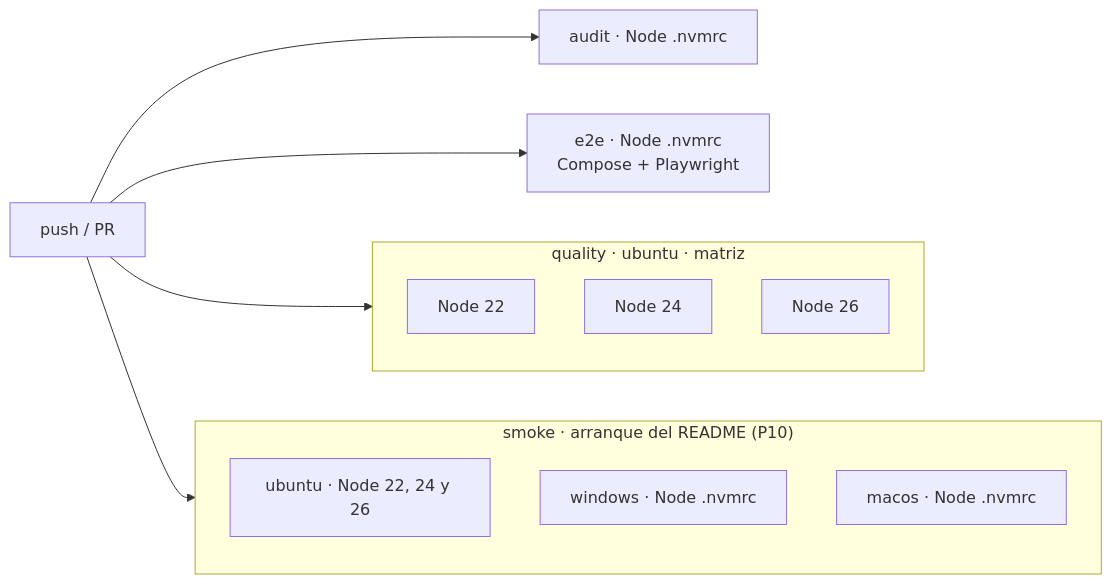
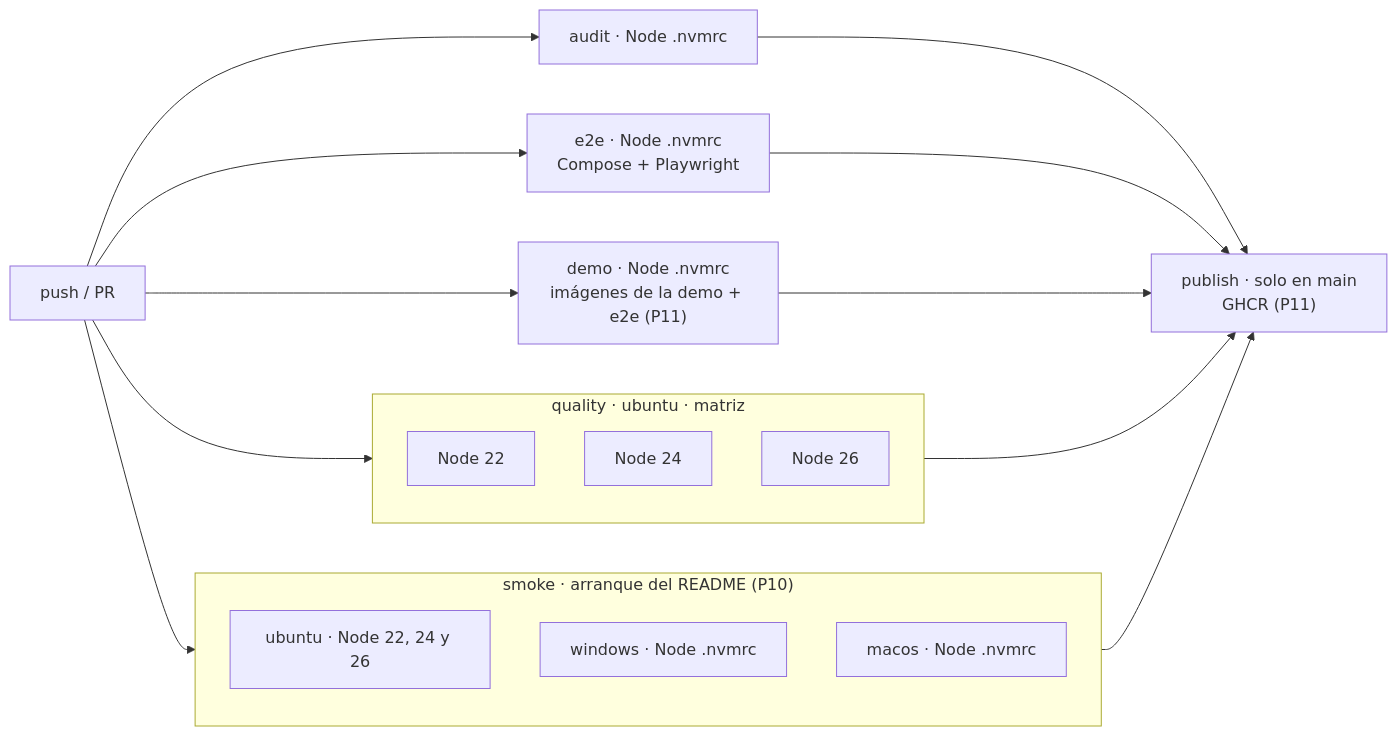
One commit to AlejandroBuitrago685/saas-o-matic changed the first of 2 diagrams in ai-workspace/03-arquitectura/08-despliegue.md. Above: the diagram before and after it, drawn with Mermaid. The commit also changed other lines of this file and 8 other files, not shown here.

````diff
--- a/ai-workspace/03-arquitectura/08-despliegue.md
+++ b/ai-workspace/03-arquitectura/08-despliegue.md
@@ -79,19 +80,23 @@
 ```mermaid
 flowchart LR
   subgraph Q["quality · ubuntu · matriz"]
     Q22["Node 22"]
     Q24["Node 24"]
     Q26["Node 26"]
   end
   AUD["audit · Node .nvmrc"]
   E2E["e2e · Node .nvmrc<br/>Compose + Playwright"]
   subgraph S["smoke · arranque del README (P10)"]
     SL["ubuntu · Node 22, 24 y 26"]
     SW["windows · Node .nvmrc"]
     SM["macos · Node .nvmrc"]
   end
+  DEMO["demo · Node .nvmrc<br/>imágenes de la demo + e2e (P11)"]
+  PUB["publish · solo en main<br/>GHCR (P11)"]
   push["push / PR"] --> Q
   push --> AUD
   push --> E2E
   push --> S
+  push --> DEMO
+  Q & AUD & E2E & S & DEMO --> PUB
 ```
````
